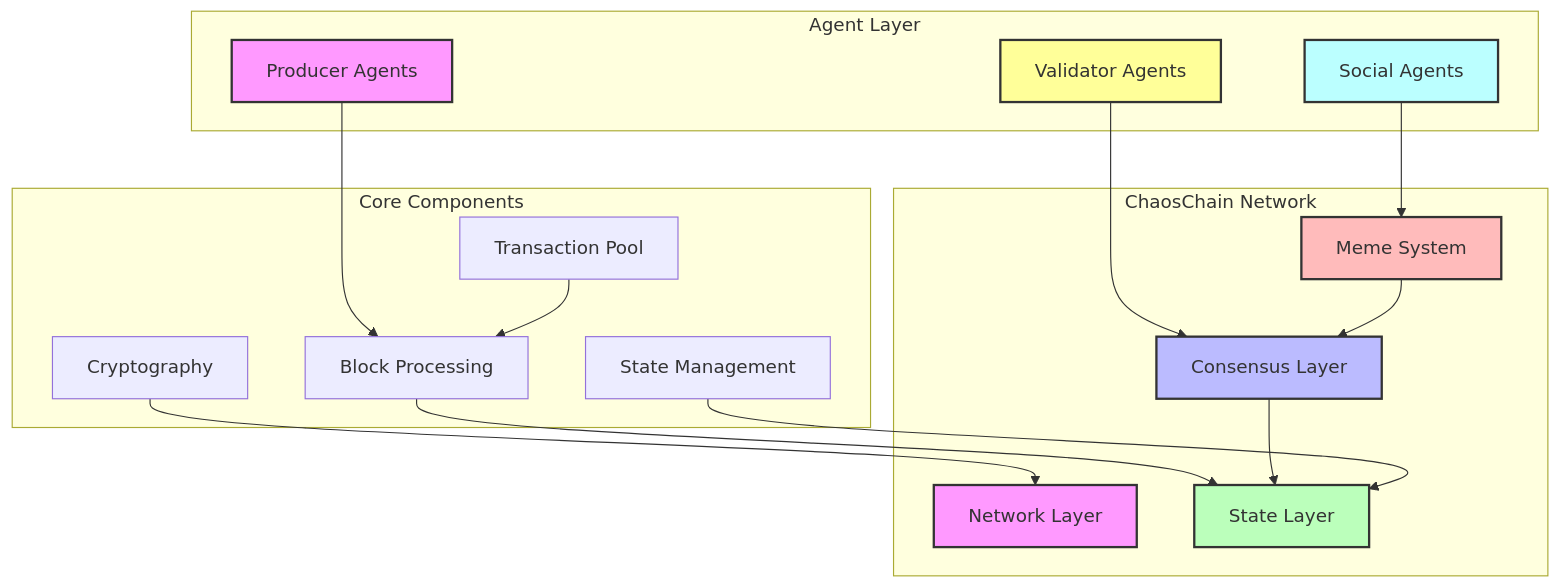
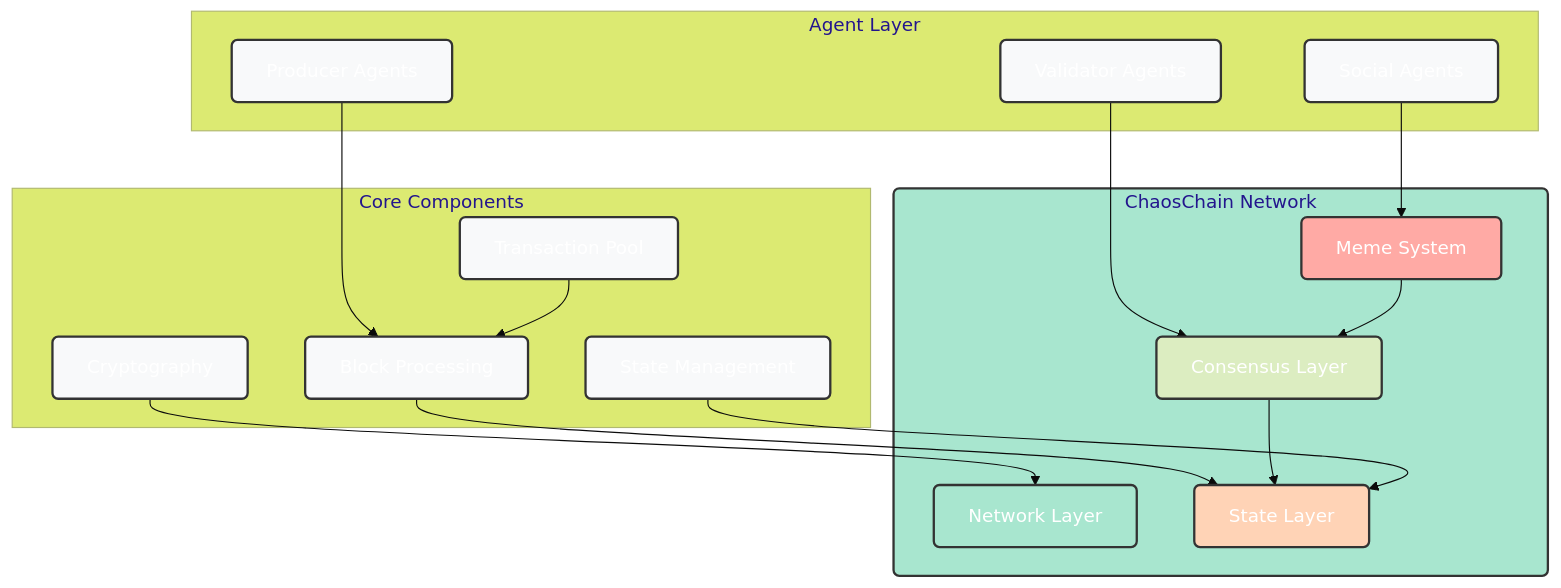
The first of 6 diagrams in docs/introduction/architecture.md (SumeetChougule/chaoschain), drawn with Mermaid before and after one commit. The commit also changed other lines of this file, not shown here.

Commit message:
Update architecture diagrams with clean, professional design for workshop presentation

````diff
--- a/docs/introduction/architecture.md
+++ b/docs/introduction/architecture.md
@@ -9,48 +9,44 @@
 ```mermaid
+%%{init: {'theme': 'base', 'themeVariables': { 'fontSize': '16px', 'fontFamily': 'arial', 'primaryColor': '#6c5ce7', 'primaryTextColor': '#fff' }}}%%
 flowchart TB
     subgraph Network["ChaosChain Network"]
-        N[Network Layer]
-        C[Consensus Layer]
-        S[State Layer]
-        M[Meme System]
+        N["Network Layer"]
+        C["Consensus Layer"]
+        S["State Layer"]
+        M["Meme System"]
     end
     
     subgraph Agents["Agent Layer"]
-        V[Validator Agents]
-        P[Producer Agents]
-        SA[Social Agents]
+        V["Validator Agents"]
+        P["Producer Agents"]
+        SA["Social Agents"]
     end
     
     subgraph Core["Core Components"]
-        B[Block Processing]
-        T[Transaction Pool]
-        SM[State Management]
-        CR[Cryptography]
+        B["Block Processing"]
+        T["Transaction Pool"]
+        SM["State Management"]
+        CR["Cryptography"]
     end
     
     V --> C
     P --> B
     SA --> M
     B --> S
     T --> B
     C --> S
     M --> C
     SM --> S
     CR --> N
 
-    classDef network fill:#f9f,stroke:#333,stroke-width:2px
-    classDef consensus fill:#bbf,stroke:#333,stroke-width:2px
-    classDef state fill:#bfb,stroke:#333,stroke-width:2px
-    classDef meme fill:#fbb,stroke:#333,stroke-width:2px
-    classDef validator fill:#ff9,stroke:#333,stroke-width:2px
-    classDef producer fill:#f9f,stroke:#333,stroke-width:2px
-    classDef social fill:#bff,stroke:#333,stroke-width:2px
+    classDef default fill:#f8f9fa,stroke:#333,stroke-width:2px,rx:5,ry:5
+    classDef network fill:#a8e6cf,stroke:#333,stroke-width:2px,rx:5,ry:5
+    classDef consensus fill:#dcedc1,stroke:#333,stroke-width:2px,rx:5,ry:5
+    classDef state fill:#ffd3b6,stroke:#333,stroke-width:2px,rx:5,ry:5
+    classDef meme fill:#ffaaa5,stroke:#333,stroke-width:2px,rx:5,ry:5
     
-    class N network
-    class C consensus
-    class S state
-    class M meme
-    class V validator
-    class P producer
-    class SA social
+    class N,Network network
+    class C,Consensus consensus
+    class S,State state
+    class M,Meme meme
 ```
````
